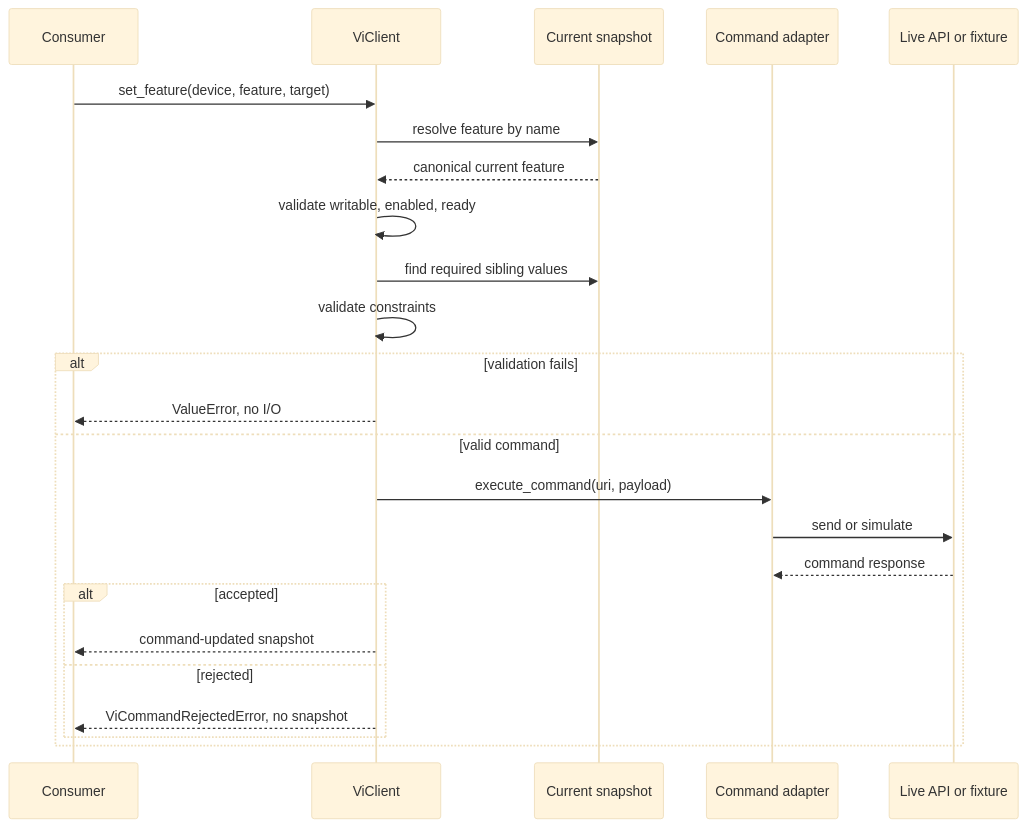
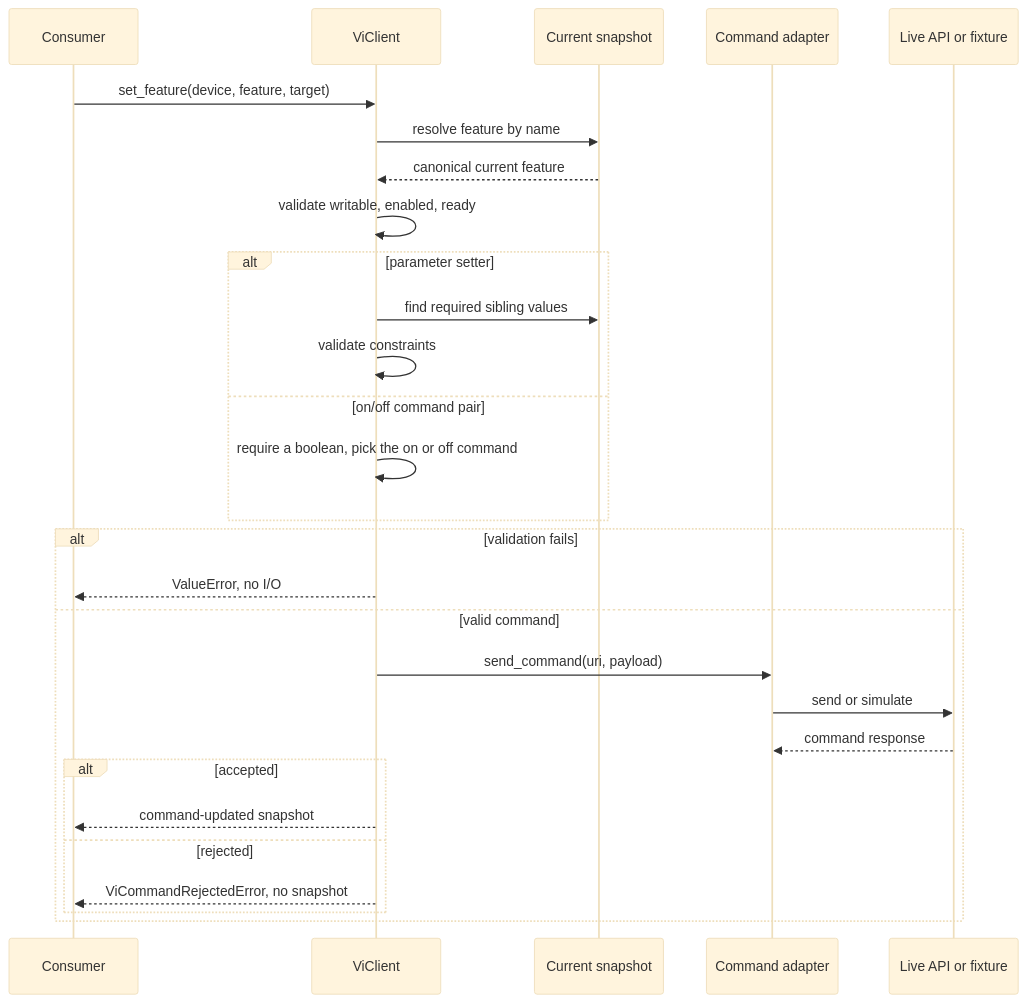
The seventh of 13 diagrams in docs/08_architecture.md (ignazhabibi/vi_api_client), drawn with Mermaid (base theme) before and after one commit. The commit also changed other lines of this file and 24 other files, not shown here.

````diff
--- a/docs/08_architecture.md
+++ b/docs/08_architecture.md
@@ -440,26 +442,30 @@
 ```mermaid
 sequenceDiagram
     participant App as Consumer
     participant Client as ViClient
     participant Device as Current snapshot
     participant Adapter as Command adapter
     participant API as Live API or fixture
     App->>Client: set_feature(device, feature, target)
     Client->>Device: resolve feature by name
     Device-->>Client: canonical current feature
     Client->>Client: validate writable, enabled, ready
-    Client->>Device: find required sibling values
-    Client->>Client: validate constraints
+    alt parameter setter
+        Client->>Device: find required sibling values
+        Client->>Client: validate constraints
+    else on/off command pair
+        Client->>Client: require a boolean, pick the on or off command
+    end
     alt validation fails
         Client-->>App: ValueError, no I/O
     else valid command
-        Client->>Adapter: execute_command(uri, payload)
+        Client->>Adapter: send_command(uri, payload)
         Adapter->>API: send or simulate
         API-->>Adapter: command response
         alt accepted
             Client-->>App: command-updated snapshot
         else rejected
             Client-->>App: ViCommandRejectedError, no snapshot
         end
     end
 ```
````
